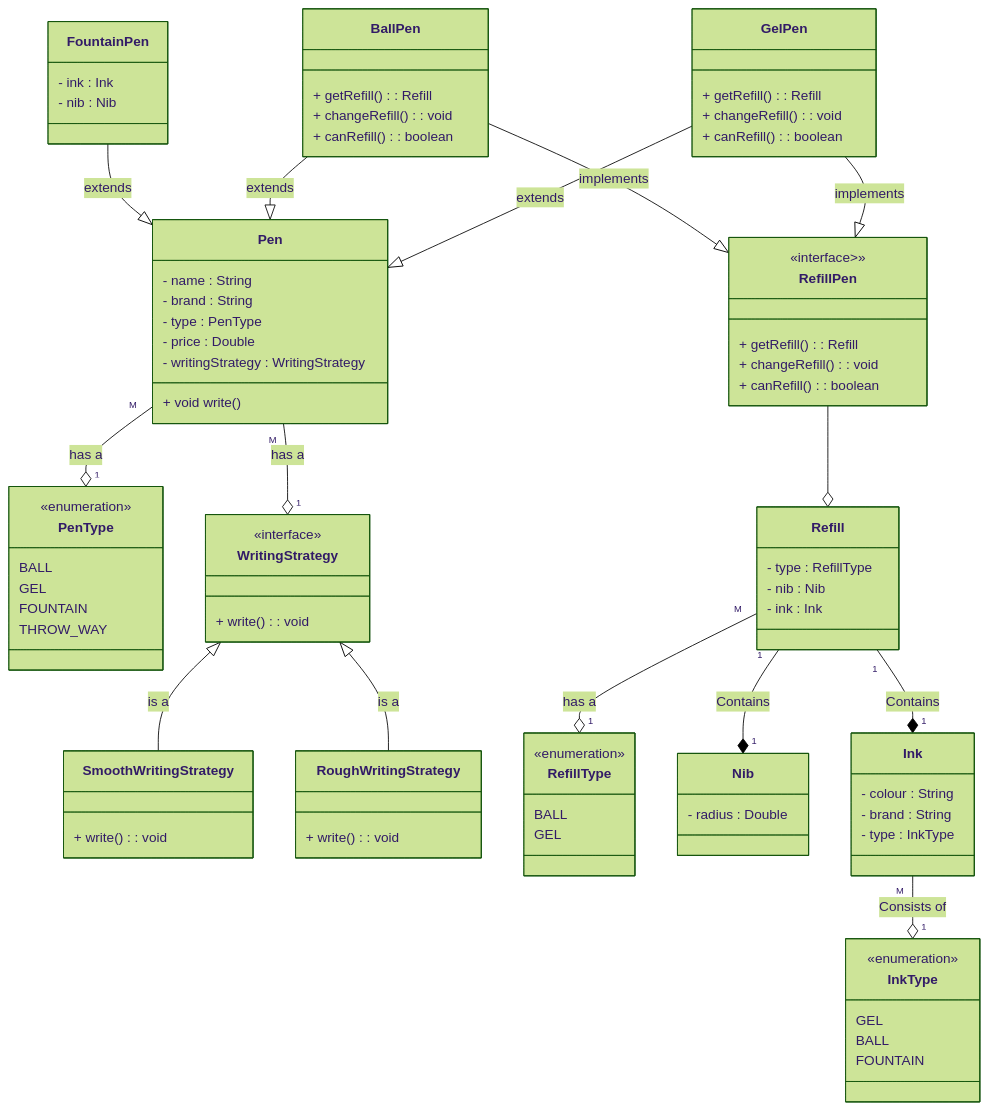
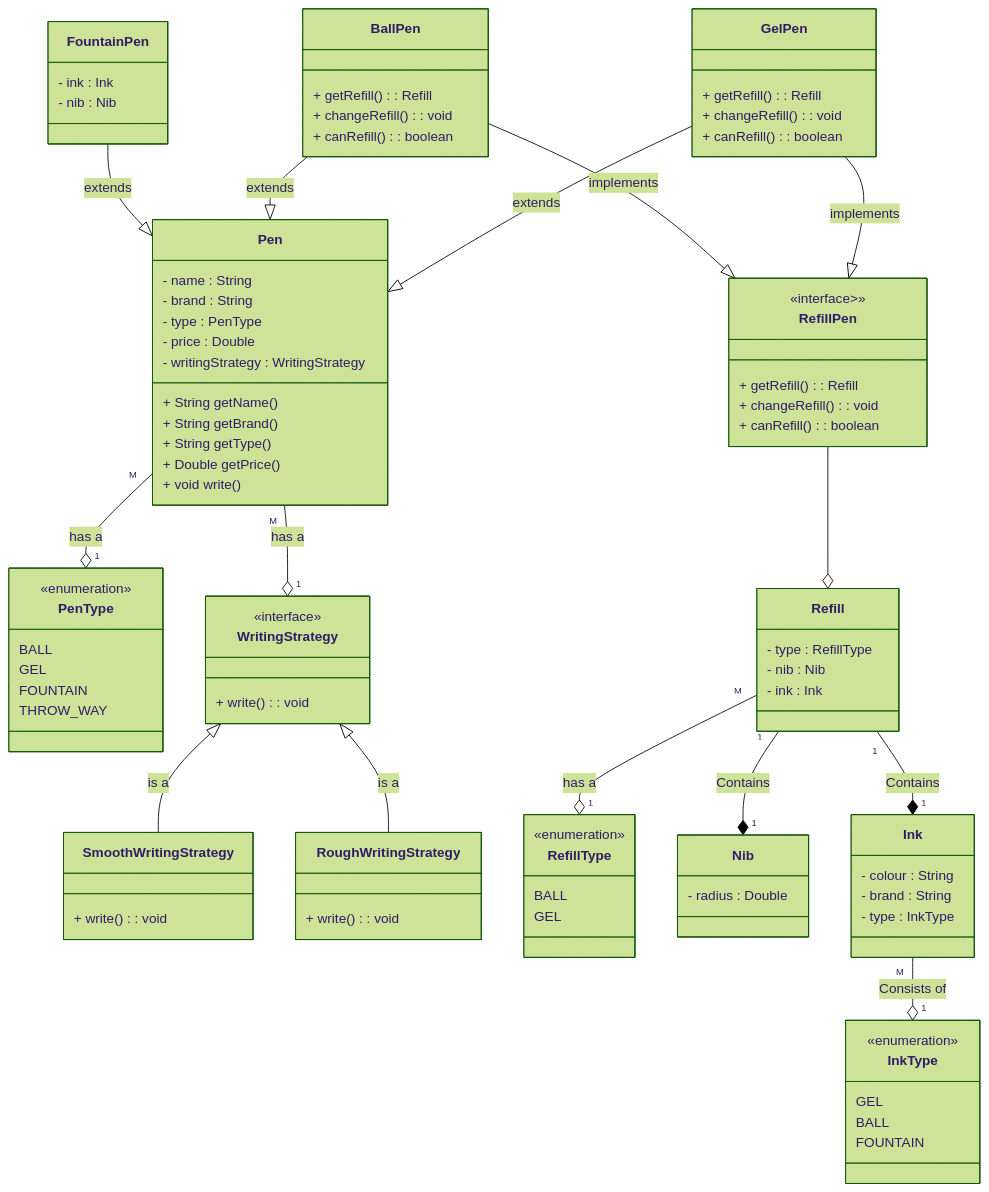
One commit to Sheersendu/LLD-Case-Studies changed the diagram in out/production/LLD-Case-Studies/Pen/Requirements.md. Above: the diagram before and after it, drawn with Mermaid (forest theme). The commit also changed 2 other files, not shown here.

Commit message:
Tic Tac Toe implementation

```diff
--- a/out/production/LLD-Case-Studies/Pen/Requirements.md
+++ b/out/production/LLD-Case-Studies/Pen/Requirements.md
@@ -77,6 +77,10 @@
         - type : PenType
         - price : Double
         - writingStrategy : WritingStrategy
+        + String getName()
+        + String getBrand()
+        + String getType()
+        + Double getPrice()
         + void write()
     }
     class PenType {
```
